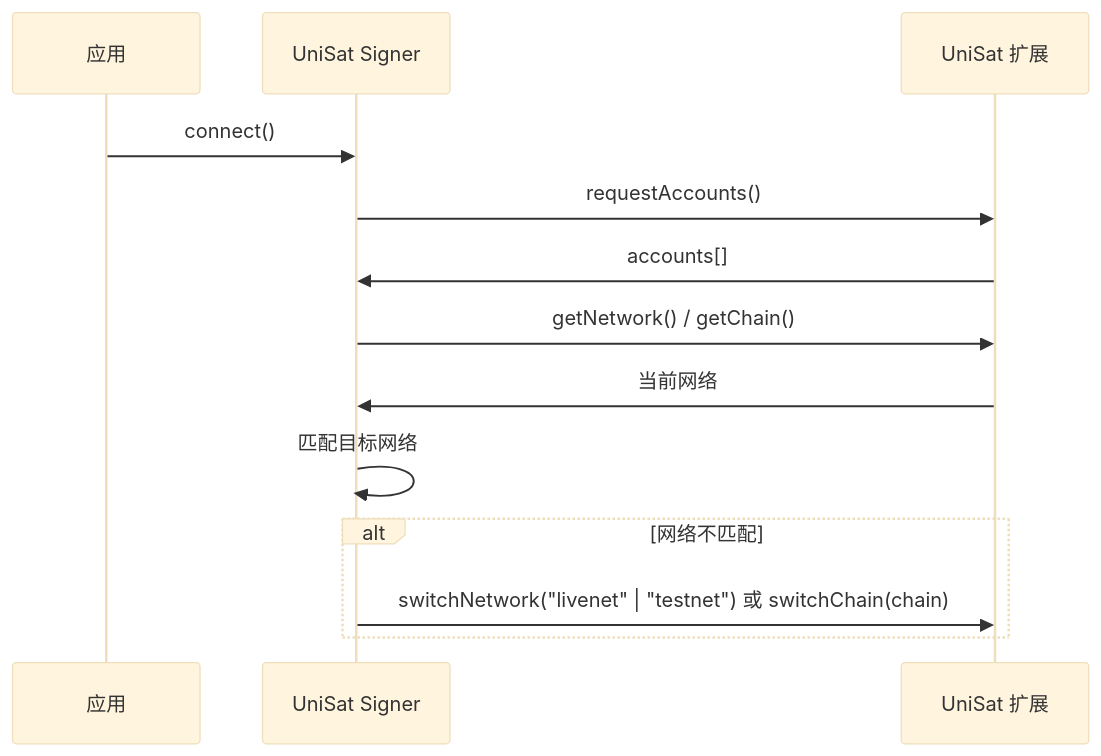
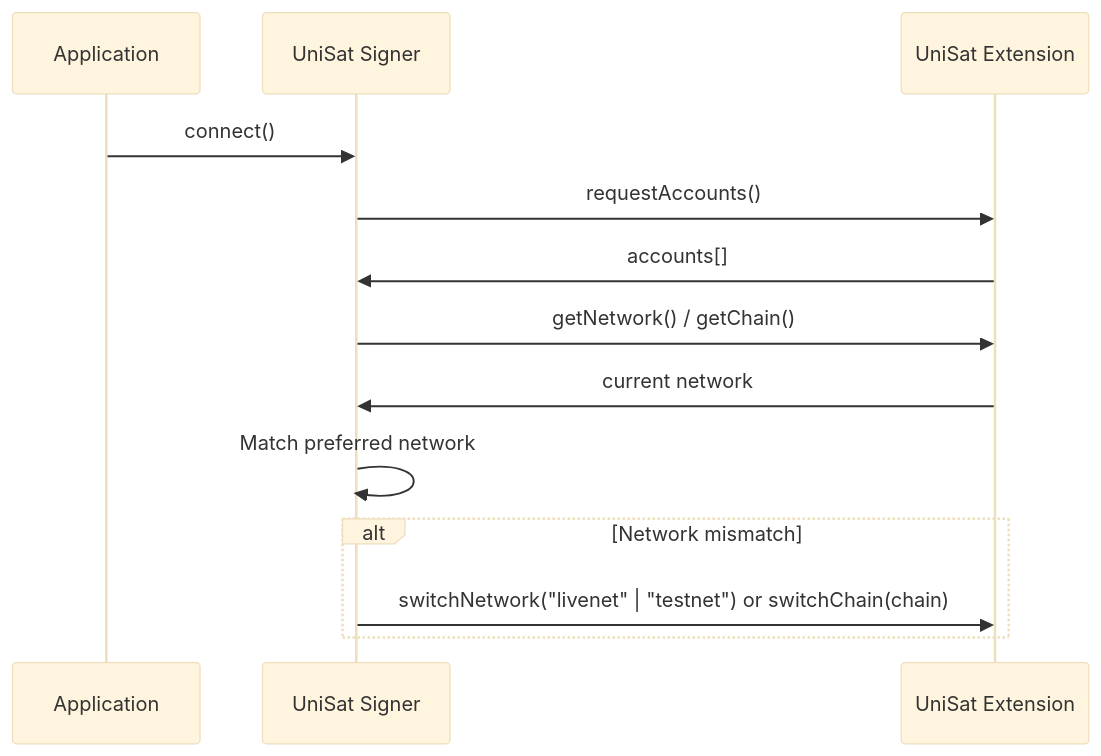
Before and after one commit to ckb-devrel/ccc: the third of 4 diagrams in packages/docs/content/docs/packages/wallet-integrations/uni-sat.mdx, drawn with Mermaid (base theme). The commit also changed other lines of this file and 15 other files, not shown here.

````diff
--- a/packages/docs/content/docs/packages/wallet-integrations/uni-sat.mdx
+++ b/packages/docs/content/docs/packages/wallet-integrations/uni-sat.mdx
@@ -101,16 +101,16 @@
 ```mermaid
 sequenceDiagram
-    participant App as 应用
+    participant App as Application
     participant Signer as UniSat Signer
-    participant Wallet as UniSat 扩展
+    participant Wallet as UniSat Extension
 
     App->>Signer: connect()
     Signer->>Wallet: requestAccounts()
     Wallet->>Signer: accounts[]
     Signer->>Wallet: getNetwork() / getChain()
-    Wallet->>Signer: 当前网络
-    Signer->>Signer: 匹配目标网络
-    alt 网络不匹配
-        Signer->>Wallet: switchNetwork("livenet" | "testnet") 或 switchChain(chain)
+    Wallet->>Signer: current network
+    Signer->>Signer: Match preferred network
+    alt Network mismatch
+        Signer->>Wallet: switchNetwork("livenet" | "testnet") or switchChain(chain)
     end
 ```
````
